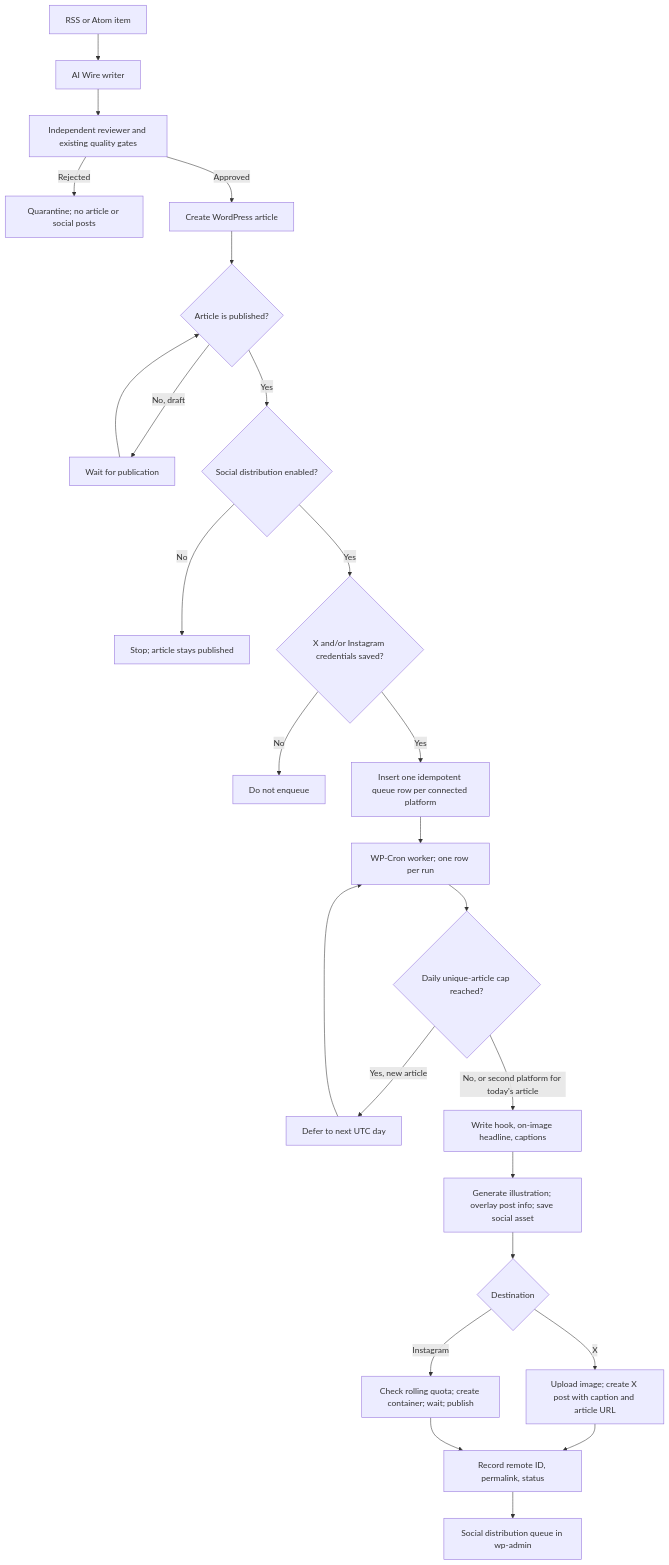
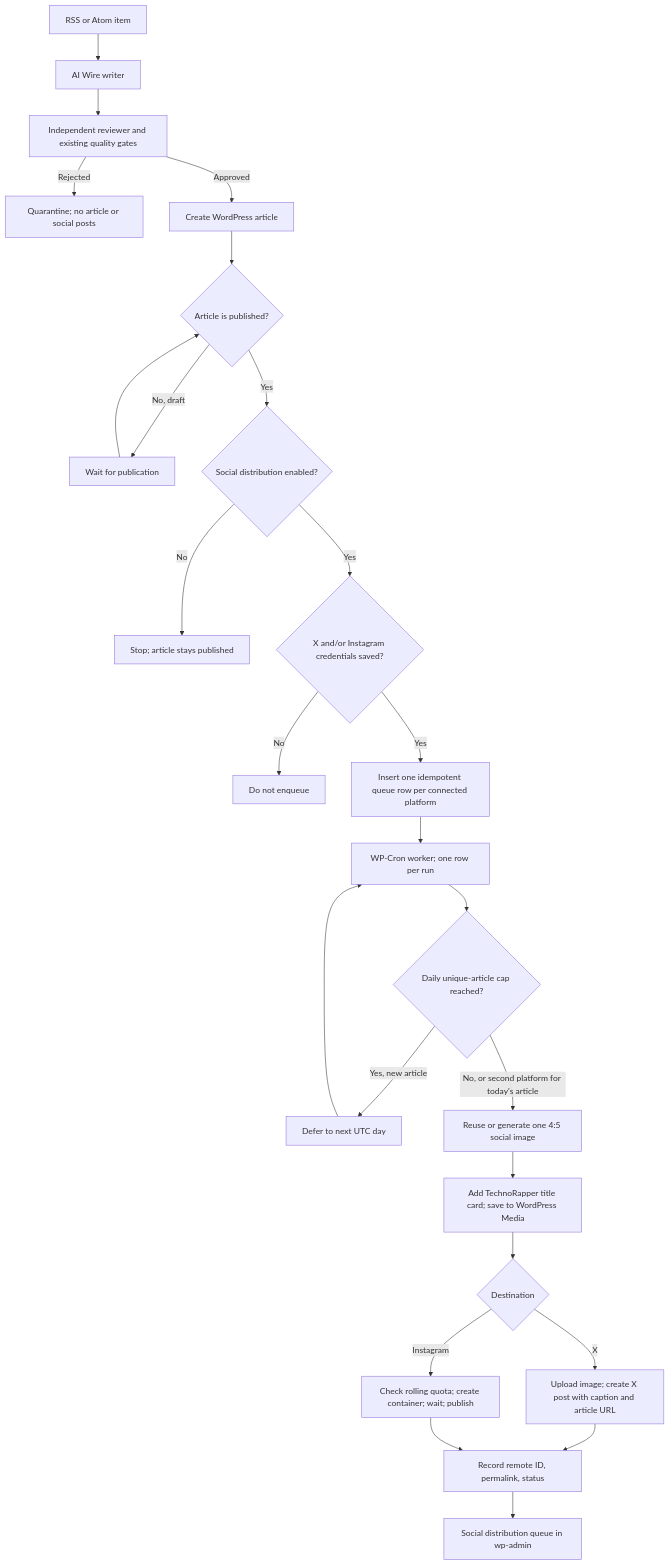
One commit to HaneetGH/technorapper-ai-wire changed the first of 3 diagrams in docs/SOCIAL-DISTRIBUTION-HANDOFF.md. Above: the diagram before and after it, drawn with Mermaid. The commit also changed other lines of this file, not shown here.

````diff
--- a/docs/SOCIAL-DISTRIBUTION-HANDOFF.md
+++ b/docs/SOCIAL-DISTRIBUTION-HANDOFF.md
@@ -11,27 +11,27 @@
 ```mermaid
 flowchart TD
     A[RSS or Atom item] --> B[AI Wire writer]
     B --> C[Independent reviewer and existing quality gates]
     C -->|Rejected| D[Quarantine; no article or social posts]
     C -->|Approved| E[Create WordPress article]
     E --> F{Article is published?}
     F -->|No, draft| G[Wait for publication]
     G --> F
     F -->|Yes| H{Social distribution enabled?}
     H -->|No| I[Stop; article stays published]
     H -->|Yes| J{X and/or Instagram credentials saved?}
     J -->|No| K[Do not enqueue]
     J -->|Yes| L[Insert one idempotent queue row per connected platform]
     L --> M[WP-Cron worker; one row per run]
     M --> N{Daily unique-article cap reached?}
     N -->|Yes, new article| O[Defer to next UTC day]
-    N -->|No, or second platform for today's article| P[Write hook, on-image headline, captions]
-    P --> Q[Generate illustration; overlay post info; save social asset]
+    N -->|No, or second platform for today's article| P[Reuse or generate one 4:5 social image]
+    P --> Q[Add TechnoRapper title card; save to WordPress Media]
     Q --> R{Destination}
     R -->|X| S[Upload image; create X post with caption and article URL]
     R -->|Instagram| T[Check rolling quota; create container; wait; publish]
     S --> U[Record remote ID, permalink, status]
     T --> U
     U --> V[Social distribution queue in wp-admin]
     O --> M
 ```
````
